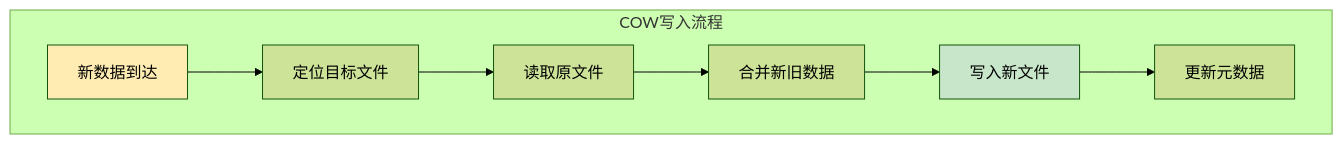
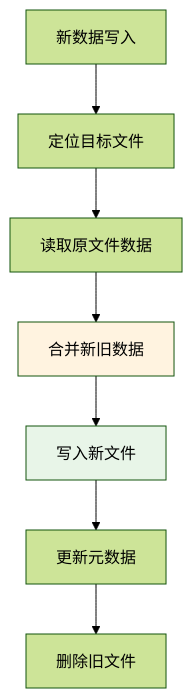
One commit to ralph-wren/TechStack-Handbook changed the sixth of 39 diagrams in 29.hudi.md. Above: the diagram before and after it, drawn with Mermaid (forest theme). The commit also changed other lines of this file and 2 other files, not shown here.

````diff
--- a/29.hudi.md
+++ b/29.hudi.md
@@ -271,13 +450,12 @@
 ```mermaid
-graph TB
-    subgraph "COW写入流程"
-        A["新数据到达"] --> B["定位目标文件"]
-        B --> C["读取原文件"]
-        C --> D["合并新旧数据"]
-        D --> E["写入新文件"]
-        E --> F["更新元数据"]
-    end
+graph TD
+    A["新数据写入"] --> B["定位目标文件"]
+    B --> C["读取原文件数据"]
+    C --> D["合并新旧数据"]
+    D --> E["写入新文件"]
+    E --> F["更新元数据"]
+    F --> G["删除旧文件"]
     
-    style A fill:#ffecb3
-    style E fill:#c8e6c9
+    style D fill:#fff3e0
+    style E fill:#e8f5e8
 ```
````
